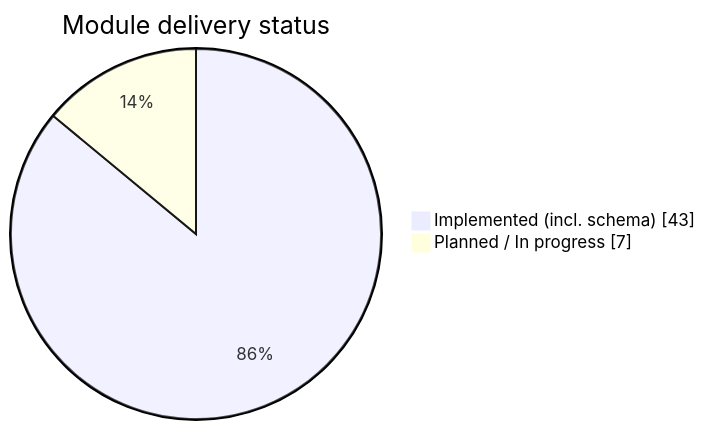
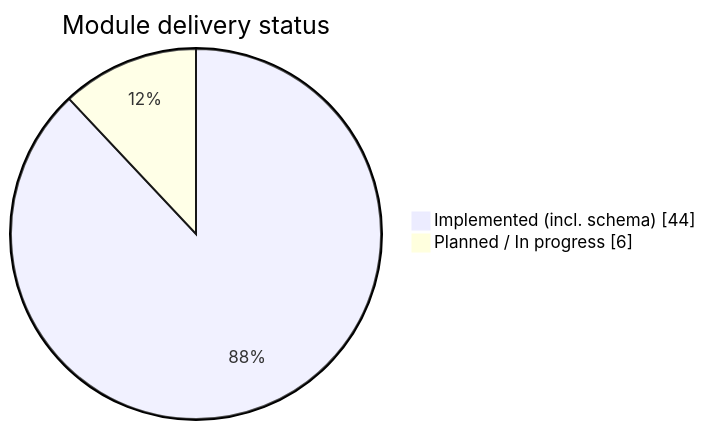
One commit to RITH-1437/educore changed the first of 2 diagrams in docs/6_Module-Status-and-Roadmap.md. Above: the diagram before and after it, drawn with Mermaid. The commit also changed other lines of this file and 25 other files, not shown here.

````diff
--- a/docs/6_Module-Status-and-Roadmap.md
+++ b/docs/6_Module-Status-and-Roadmap.md
@@ -47,6 +47,6 @@
 ```mermaid
 pie showData
   title Module delivery status
-  "Implemented (incl. schema)" : 43
-  "Planned / In progress" : 7
+  "Implemented (incl. schema)" : 44
+  "Planned / In progress" : 6
 ```
````
